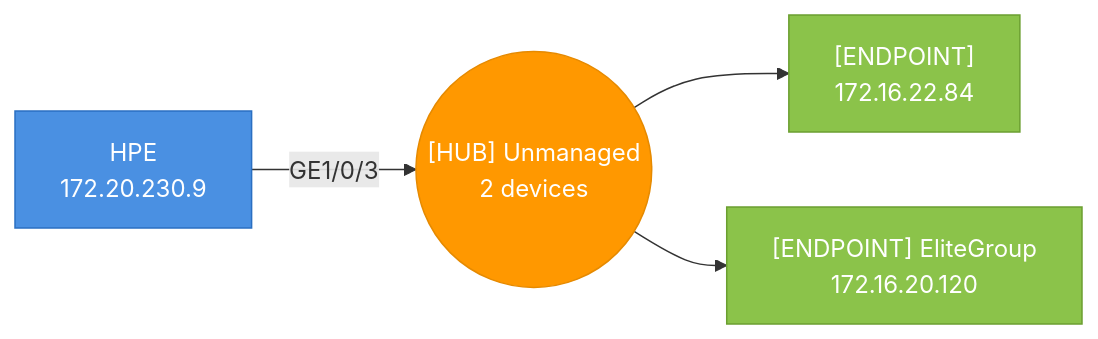
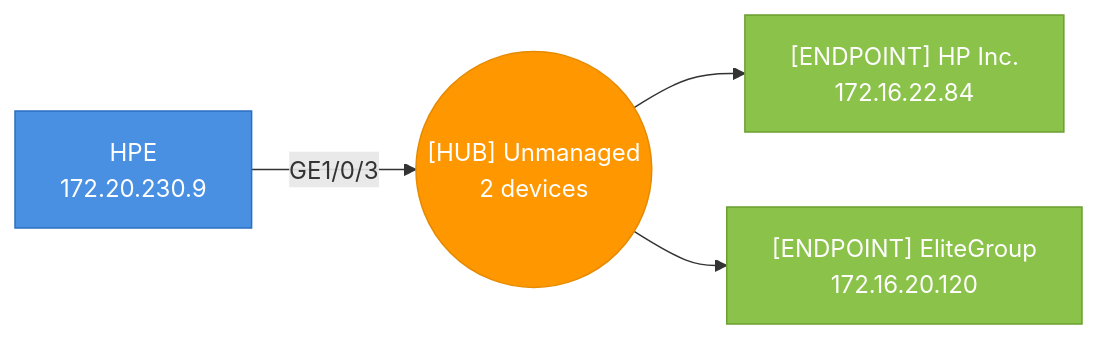
Before and after one commit to djamic/LLDP-Skanner-Go: diagram 13 of 51 in testdata/golden/report_esxi_sections.md, drawn with Mermaid. The commit also changed other lines of this file and 16 other files, not shown here.

````diff
--- a/testdata/golden/report_esxi_sections.md
+++ b/testdata/golden/report_esxi_sections.md
@@ -312,14 +351,14 @@
 ```mermaid
 graph LR
   hub_4caea3a219ac_p3(("[HUB] Unmanaged<br>2 devices"))
   4caea3a219ac["HPE<br>172.20.230.9"]
   4caea3a219ac-- "GE1/0/3" -->hub_4caea3a219ac_p3
   style 4caea3a219ac fill:#4A90E2,stroke:#2A6FC2,color:#fff
-  30138baf846b["[ENDPOINT]<br>172.16.22.84"]
+  30138baf846b["[ENDPOINT] HP Inc.<br>172.16.22.84"]
   hub_4caea3a219ac_p3-->30138baf846b
   style 30138baf846b fill:#8BC34A,stroke:#6B9F30,color:#fff
   94c6913ff8f8["[ENDPOINT] EliteGroup<br>172.16.20.120"]
   hub_4caea3a219ac_p3-->94c6913ff8f8
   style 94c6913ff8f8 fill:#8BC34A,stroke:#6B9F30,color:#fff
   style hub_4caea3a219ac_p3 fill:#FF9800,stroke:#E68A00,color:#fff
 ```
````
